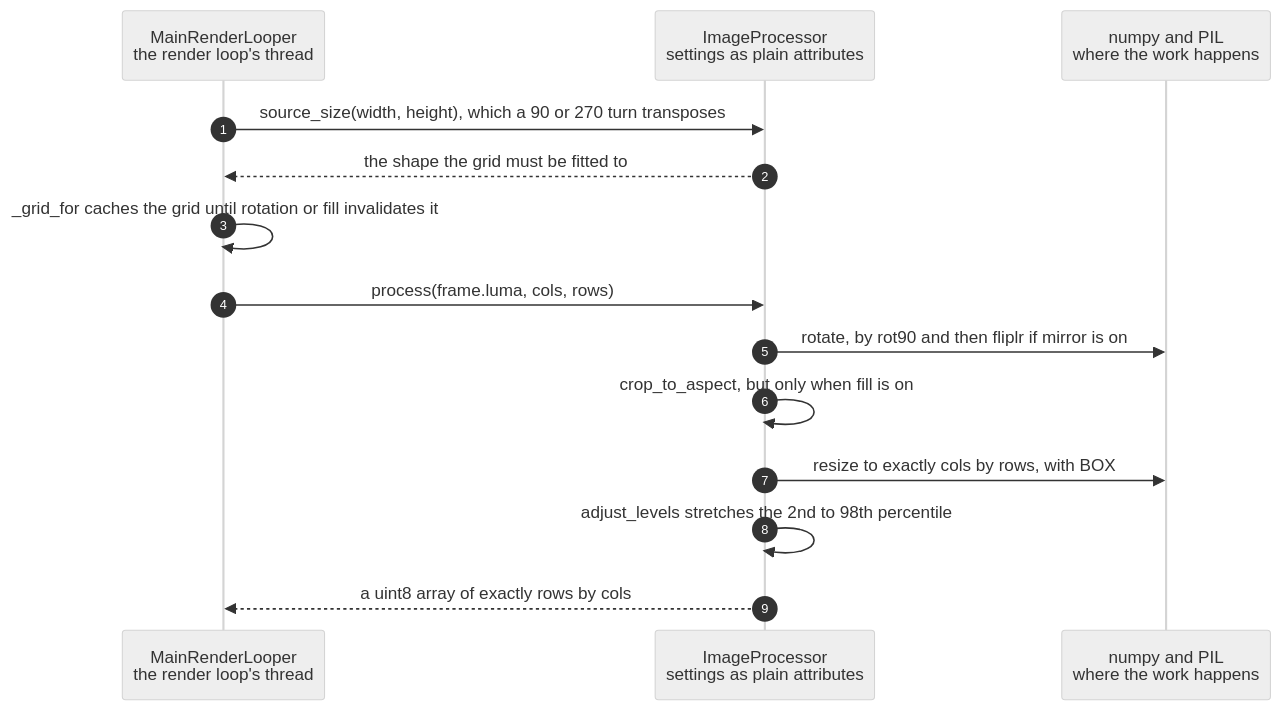
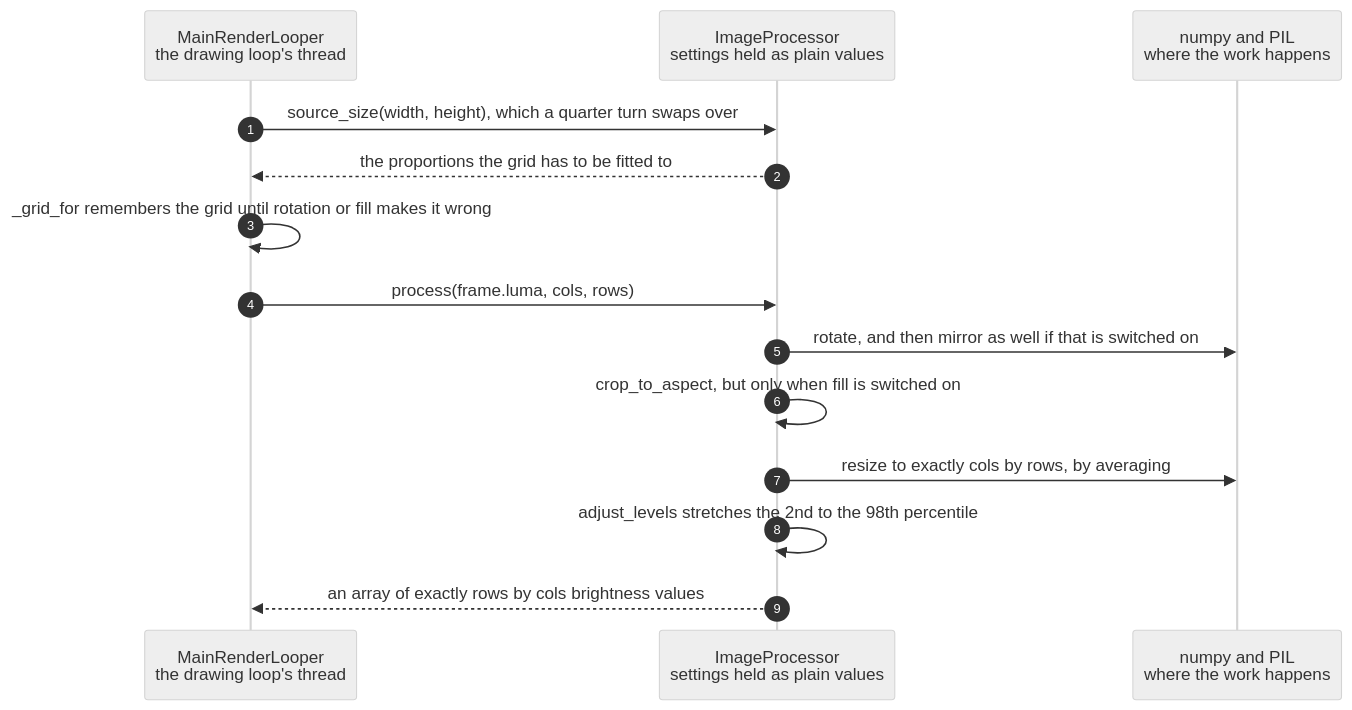
The diagram in docs/scenarios/imageprocessor-rotates-crops-and-resizes-a-frame-to-the-character-grid.md (replicant1/AsciiArt-Pi), drawn with Mermaid (neutral theme) before and after one commit. The commit also changed other lines of this file and 4 other files, not shown here.

````diff
--- a/docs/scenarios/imageprocessor-rotates-crops-and-resizes-a-frame-to-the-character-grid.md
+++ b/docs/scenarios/imageprocessor-rotates-crops-and-resizes-a-frame-to-the-character-grid.md
@@ -71,17 +90,17 @@
 ```mermaid
 sequenceDiagram
     autonumber
-    participant App as MainRenderLooper<br/>the render loop's thread
-    participant Proc as ImageProcessor<br/>settings as plain attributes
+    participant App as MainRenderLooper<br/>the drawing loop's thread
+    participant Proc as ImageProcessor<br/>settings held as plain values
     participant NP as numpy and PIL<br/>where the work happens
 
-    App->>Proc: source_size(width, height), which a 90 or 270 turn transposes
-    Proc-->>App: the shape the grid must be fitted to
-    App->>App: _grid_for caches the grid until rotation or fill invalidates it
+    App->>Proc: source_size(width, height), which a quarter turn swaps over
+    Proc-->>App: the proportions the grid has to be fitted to
+    App->>App: _grid_for remembers the grid until rotation or fill makes it wrong
     App->>Proc: process(frame.luma, cols, rows)
-    Proc->>NP: rotate, by rot90 and then fliplr if mirror is on
-    Proc->>Proc: crop_to_aspect, but only when fill is on
-    Proc->>NP: resize to exactly cols by rows, with BOX
-    Proc->>Proc: adjust_levels stretches the 2nd to 98th percentile
-    Proc-->>App: a uint8 array of exactly rows by cols
+    Proc->>NP: rotate, and then mirror as well if that is switched on
+    Proc->>Proc: crop_to_aspect, but only when fill is switched on
+    Proc->>NP: resize to exactly cols by rows, by averaging
+    Proc->>Proc: adjust_levels stretches the 2nd to the 98th percentile
+    Proc-->>App: an array of exactly rows by cols brightness values
 ```
````
